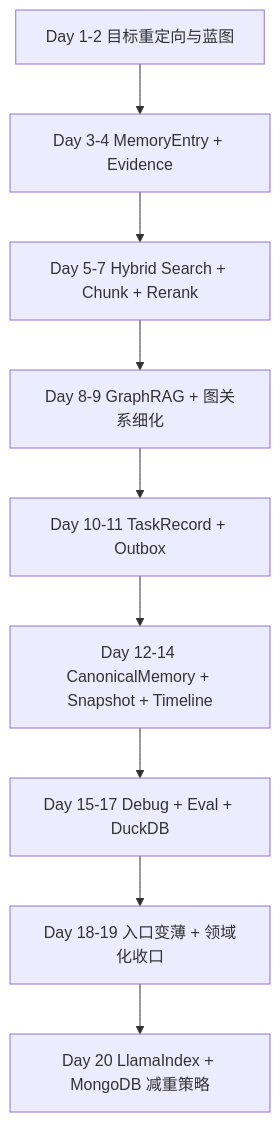
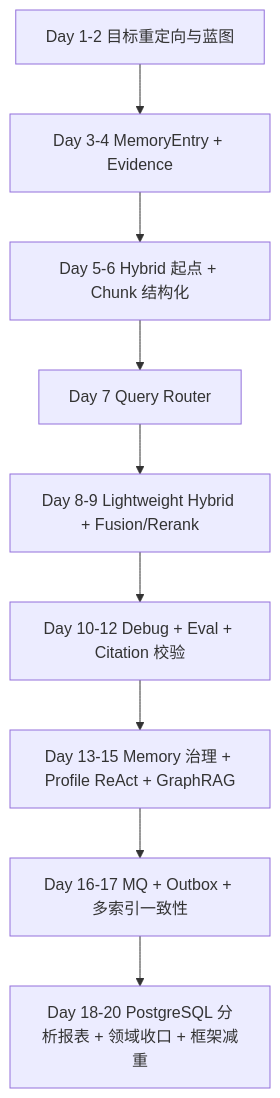
Diagram 21 of 23 in company_target/day1-day20-summary.md (pretextQ/Reminder), drawn with Mermaid before and after one commit. The commit also changed other lines of this file and 4 other files, not shown here.

````diff
--- a/company_target/day1-day20-summary.md
+++ b/company_target/day1-day20-summary.md
@@ -656,11 +649,11 @@
 ```mermaid
 flowchart TD
     A[Day 1-2 目标重定向与蓝图] --> B[Day 3-4 MemoryEntry + Evidence]
-    B --> C[Day 5-7 Hybrid Search + Chunk + Rerank]
-    C --> D[Day 8-9 GraphRAG + 图关系细化]
-    D --> E[Day 10-11 TaskRecord + Outbox]
-    E --> F[Day 12-14 CanonicalMemory + Snapshot + Timeline]
-    F --> G[Day 15-17 Debug + Eval + DuckDB]
-    G --> H[Day 18-19 入口变薄 + 领域化收口]
-    H --> I[Day 20 LlamaIndex + MongoDB 减重策略]
+    B --> C[Day 5-6 Hybrid 起点 + Chunk 结构化]
+    C --> D[Day 7 Query Router]
+    D --> E[Day 8-9 Lightweight Hybrid + Fusion/Rerank]
+    E --> F[Day 10-12 Debug + Eval + Citation 校验]
+    F --> G[Day 13-15 Memory 治理 + Profile ReAct + GraphRAG]
+    G --> H[Day 16-17 MQ + Outbox + 多索引一致性]
+    H --> I[Day 18-20 PostgreSQL 分析报表 + 领域收口 + 框架减重]
 ```
````
